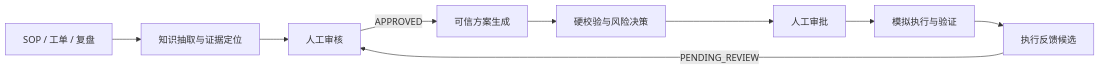
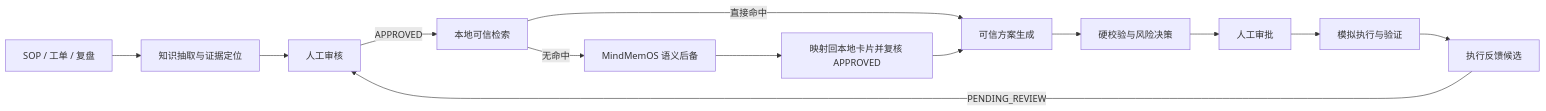
One commit to Ptttt1t/ops-knowledge-studio-public changed the first of 2 diagrams in README.md. Above: the diagram before and after it, drawn with Mermaid. The commit also changed other lines of this file and 15 other files, not shown here.

Commit message:
Integrate governed MindMemOS memory

````diff
--- a/README.md
+++ b/README.md
@@ -16,11 +16,15 @@
 ```mermaid
 flowchart LR
     A["SOP / 工单 / 复盘"] --> B["知识抽取与证据定位"]
     B --> C["人工审核"]
-    C -->|APPROVED| D["可信方案生成"]
-    D --> E["硬校验与风险决策"]
-    E --> F["人工审批"]
-    F --> G["模拟执行与验证"]
-    G --> H["执行反馈候选"]
-    H -->|PENDING_REVIEW| C
+    C -->|APPROVED| D["本地可信检索"]
+    D -->|直接命中| E["可信方案生成"]
+    D -->|无命中| M["MindMemOS 语义后备"]
+    M --> V["映射回本地卡片并复核 APPROVED"]
+    V --> E
+    E --> F["硬校验与风险决策"]
+    F --> G["人工审批"]
+    G --> H["模拟执行与验证"]
+    H --> I["执行反馈候选"]
+    I -->|PENDING_REVIEW| C
 ```
````
